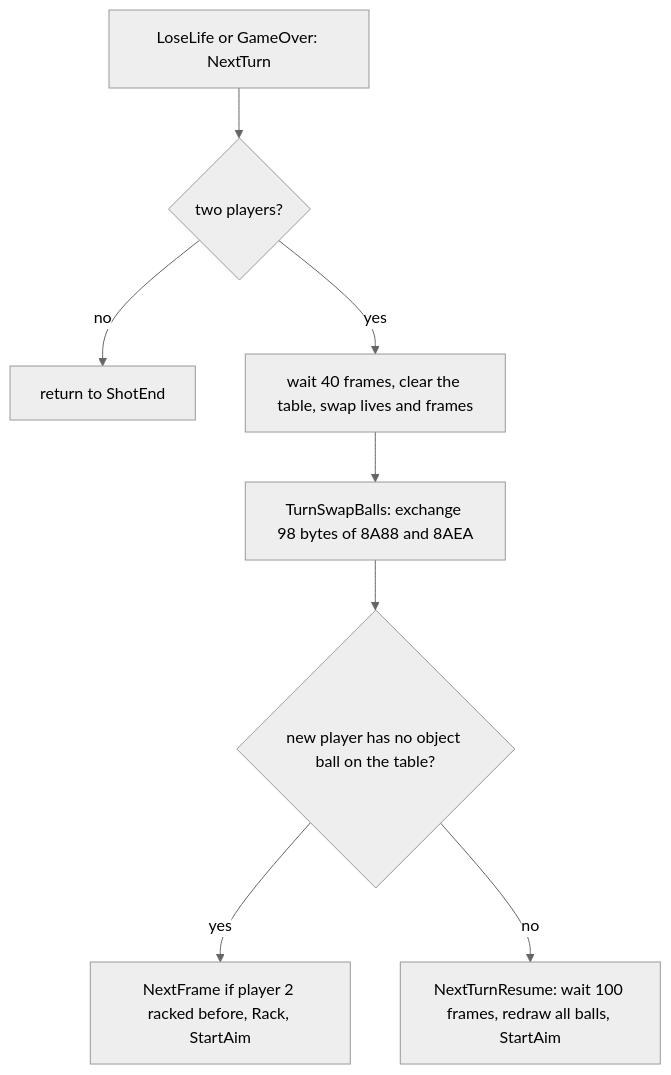
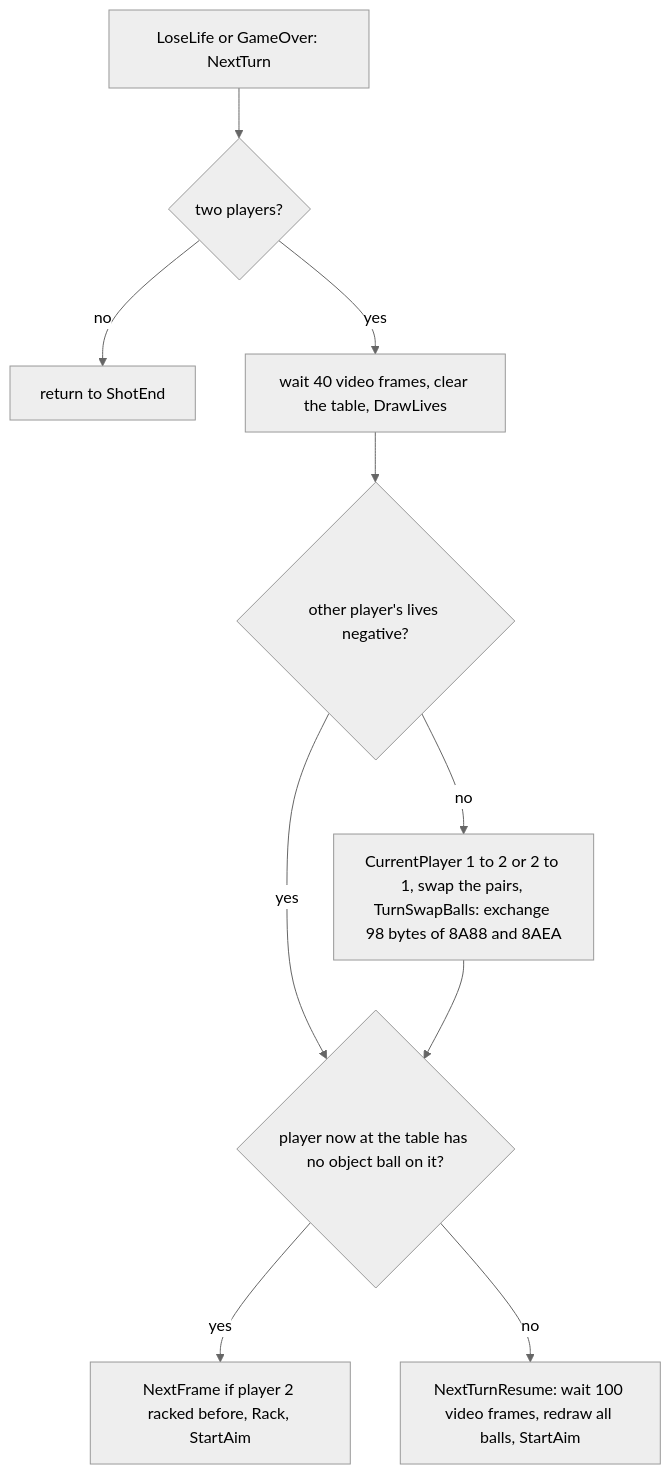
One commit to alfishe/unrealng-reverse-cases changed the sixth of 7 diagrams in games/video-pool/docs/07-objects.md. Above: the diagram before and after it, drawn with Mermaid (neutral theme). The commit also changed other lines of this file and 51 other files, not shown here.

Commit message:
Video Pool: review round 1 - 106 findings checked and fixed (canonical shot cost, tally step, BEEPER DE+1, frame-start samples), game.ann descriptions, figures redrawn

````diff
--- a/games/video-pool/docs/07-objects.md
+++ b/games/video-pool/docs/07-objects.md
@@ -452,10 +539,12 @@
 ```mermaid
 flowchart TD
     A[LoseLife or GameOver: NextTurn] --> B{two players?}
     B -- no --> Z[return to ShotEnd]
-    B -- yes --> C[wait 40 frames, clear the table, swap lives and frames]
-    C --> D[TurnSwapBalls: exchange 98 bytes of 8A88 and 8AEA]
-    D --> E{new player has no object ball on the table?}
+    B -- yes --> C[wait 40 video frames, clear the table, DrawLives]
+    C --> L{other player's lives negative?}
+    L -- yes --> E
+    L -- no --> D[CurrentPlayer 1 to 2 or 2 to 1, swap the pairs, TurnSwapBalls: exchange 98 bytes of 8A88 and 8AEA]
+    D --> E{player now at the table has no object ball on it?}
     E -- yes --> F[NextFrame if player 2 racked before, Rack, StartAim]
-    E -- no --> G[NextTurnResume: wait 100 frames, redraw all balls, StartAim]
+    E -- no --> G[NextTurnResume: wait 100 video frames, redraw all balls, StartAim]
 ```
````
